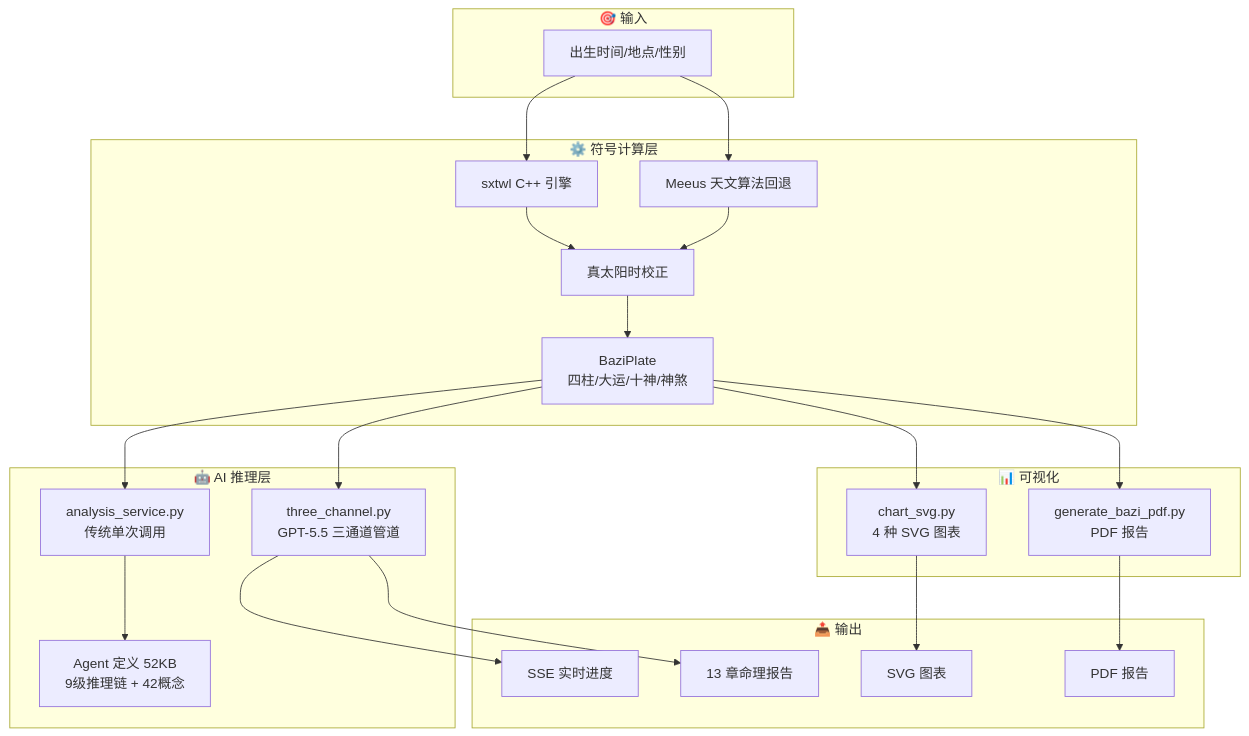
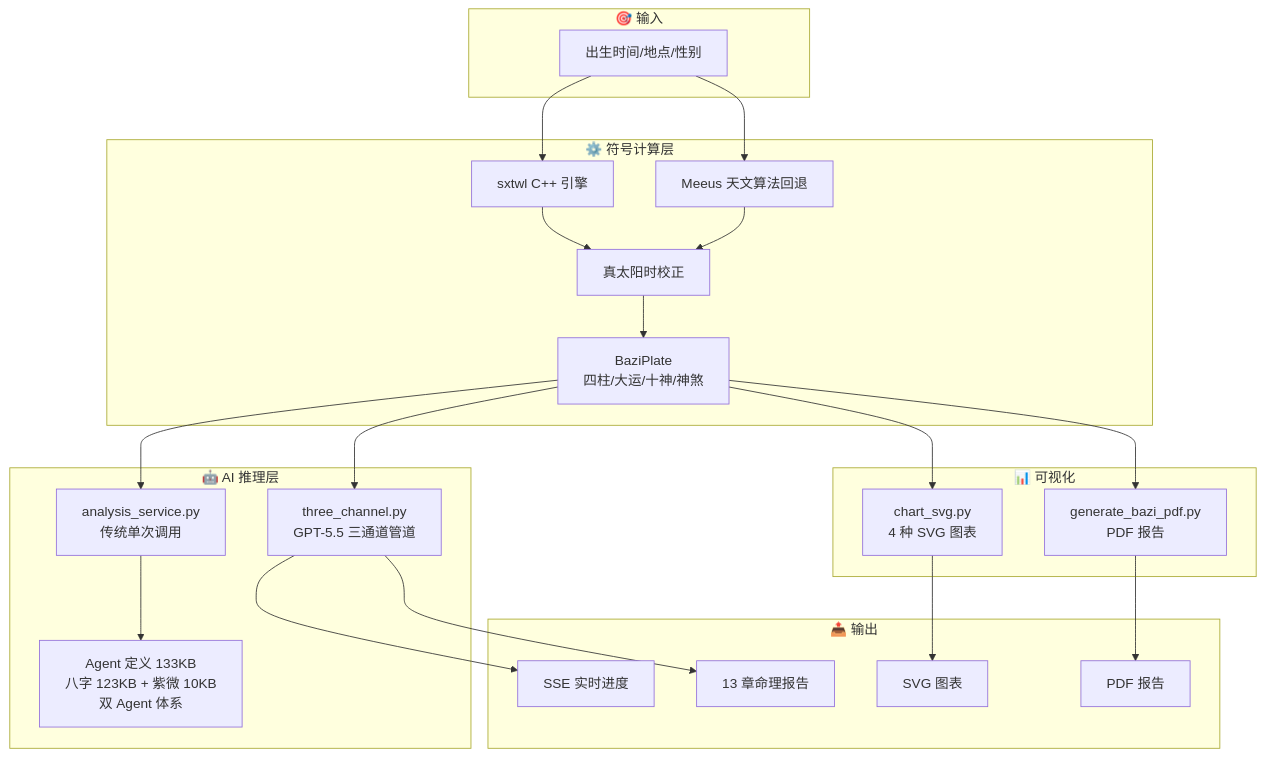
The first of 2 diagrams in README.md (TheWher/bazi-paipan), drawn with Mermaid before and after one commit. The commit also changed other lines of this file and 2 other files, not shown here.

````diff
--- a/README.md
+++ b/README.md
@@ -111,46 +113,46 @@
 ```mermaid
 flowchart TB
     subgraph Input["🎯 输入"]
         A[出生时间/地点/性别]
     end
 
     subgraph Symbolic["⚙️ 符号计算层"]
         B[sxtwl C++ 引擎]
         C[Meeus 天文算法回退]
         D[真太阳时校正]
         E["BaziPlate<br/>四柱/大运/十神/神煞"]
     end
 
     subgraph Viz["📊 可视化"]
         F[chart_svg.py<br/>4 种 SVG 图表]
         G[generate_bazi_pdf.py<br/>PDF 报告]
     end
 
     subgraph AI["🤖 AI 推理层"]
         H[three_channel.py<br/>GPT-5.5 三通道管道]
         I[analysis_service.py<br/>传统单次调用]
-        J["Agent 定义 52KB<br/>9级推理链 + 42概念"]
+        J["Agent 定义 133KB<br/>八字 123KB + 紫微 10KB<br/>双 Agent 体系"]
     end
 
     subgraph Output["📤 输出"]
         K[SSE 实时进度]
         L[13 章命理报告]
         M[SVG 图表]
         N[PDF 报告]
     end
 
     A --> B
     A --> C
     B --> D
     C --> D
     D --> E
     E --> F
     E --> G
     E --> H
     E --> I
     I --> J
     H --> K
     H --> L
     F --> M
     G --> N
 ```
````
